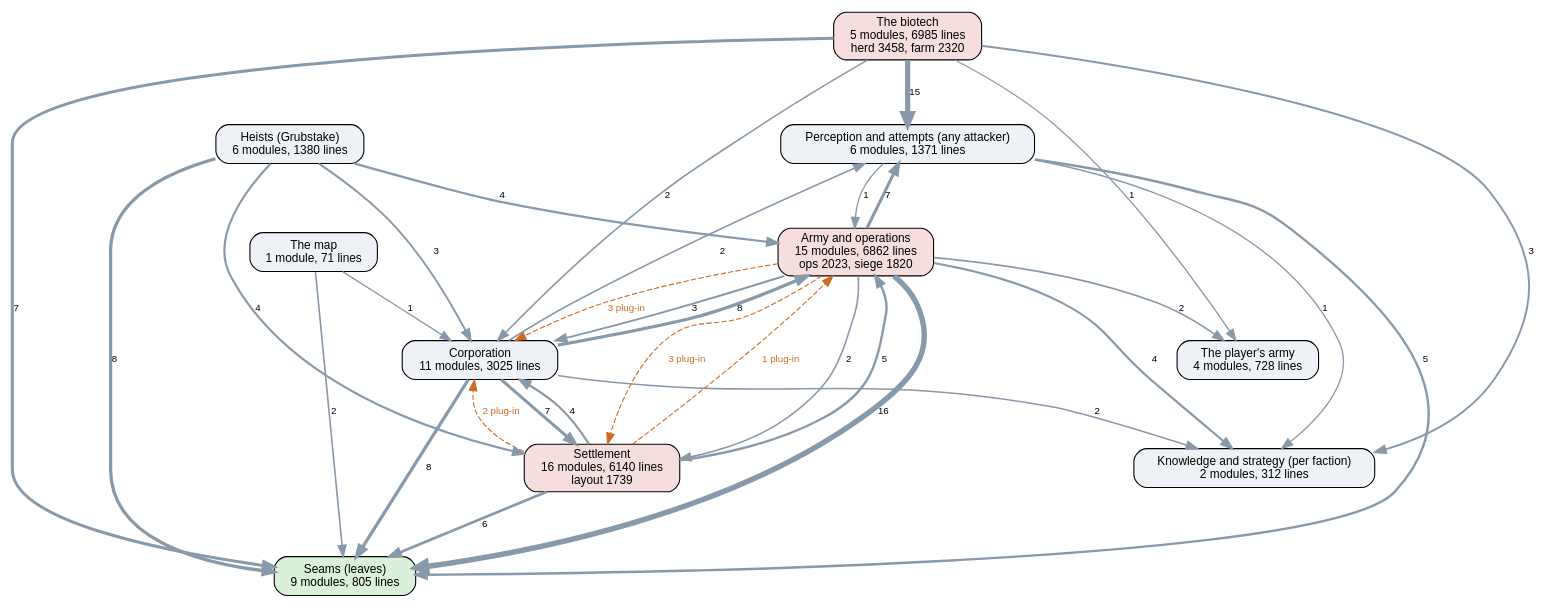
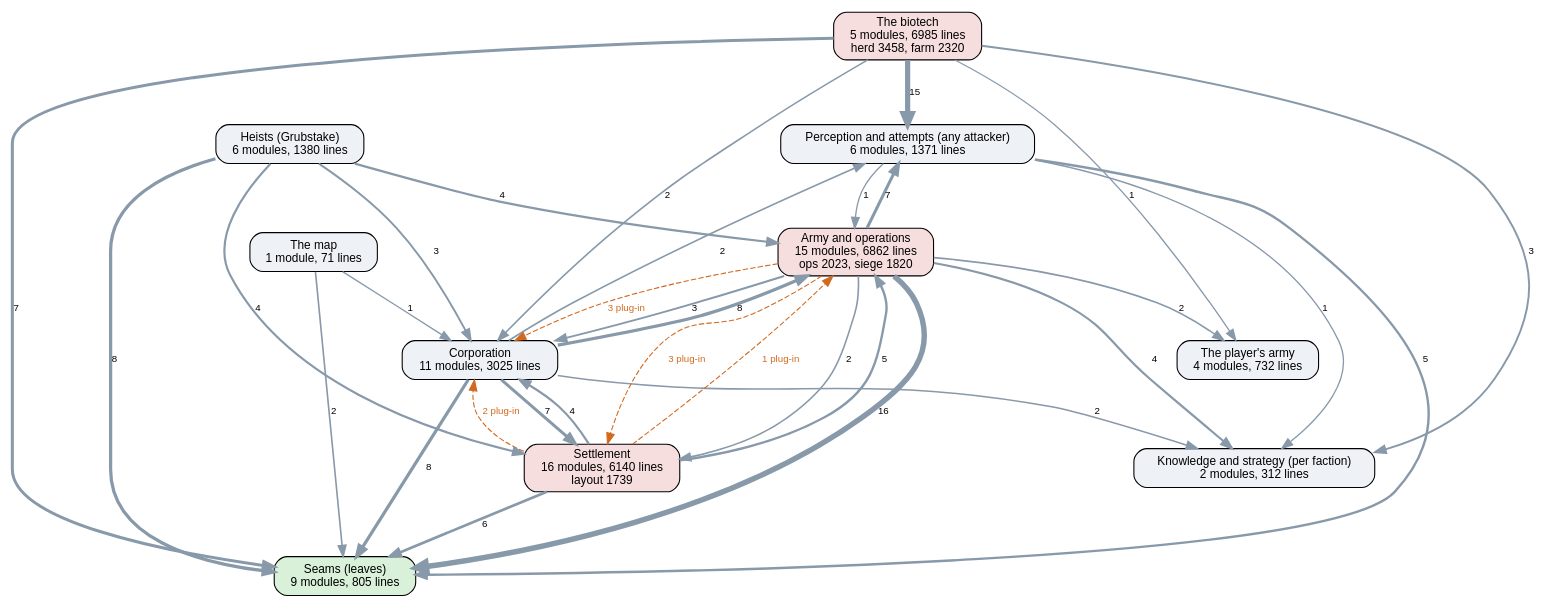
Before and after one commit to kinelhu/landing-party: the diagram in docs/ai-layers.dot, drawn with Graphviz. The commit also changed 49 other files, not shown here.

First line of the commit message:
0.2.193: the art's second round: plinth slabs gone, more colour, a new barracks (a training plant) and muster point (antenna, floodlight), lights at night; sheet sizes read from graphics/sheets.lua; fortress grubstake checks the howitzer truck

```diff
--- a/docs/ai-layers.dot
+++ b/docs/ai-layers.dot
@@ -1,47 +1,47 @@
 digraph layers {
   graph [rankdir=TB, fontname="Helvetica", nodesep=0.5, ranksep=0.7];
   node [shape=box, style="rounded,filled", fontname="Helvetica", fontsize=11, fillcolor="#eef2f7"];
   edge [color="#8899aa", fontname="Helvetica", fontsize=9];
   "Seams (leaves)" [label="Seams (leaves)\n9 modules, 805 lines", fillcolor="#d9f0d9"];
   "Perception and attempts (any attacker)" [label="Perception and attempts (any attacker)\n6 modules, 1371 lines", fillcolor="#eef2f7"];
   "Knowledge and strategy (per faction)" [label="Knowledge and strategy (per faction)\n2 modules, 312 lines", fillcolor="#eef2f7"];
   "Corporation" [label="Corporation\n11 modules, 3025 lines", fillcolor="#eef2f7"];
   "Settlement" [label="Settlement\n16 modules, 6140 lines\nlayout 1739", fillcolor="#f7dede"];
   "Army and operations" [label="Army and operations\n15 modules, 6862 lines\nops 2023, siege 1820", fillcolor="#f7dede"];
   "Heists (Grubstake)" [label="Heists (Grubstake)\n6 modules, 1380 lines", fillcolor="#eef2f7"];
   "The biotech" [label="The biotech\n5 modules, 6985 lines\nherd 3458, farm 2320", fillcolor="#f7dede"];
   "The map" [label="The map\n1 module, 71 lines", fillcolor="#eef2f7"];
-  "The player's army" [label="The player's army\n4 modules, 728 lines", fillcolor="#eef2f7"];
+  "The player's army" [label="The player's army\n4 modules, 732 lines", fillcolor="#eef2f7"];
   "Army and operations" -> "Corporation" [label="3", penwidth=1.8];
   "Army and operations" -> "Knowledge and strategy (per faction)" [label="4", penwidth=2.0];
   "Army and operations" -> "Perception and attempts (any attacker)" [label="7", penwidth=2.8];
   "Army and operations" -> "Seams (leaves)" [label="16", penwidth=5.0];
   "Army and operations" -> "Settlement" [label="2", penwidth=1.5];
   "Army and operations" -> "The player's army" [label="2", penwidth=1.5];
   "Corporation" -> "Army and operations" [label="8", penwidth=3.0];
   "Corporation" -> "Knowledge and strategy (per faction)" [label="2", penwidth=1.5];
   "Corporation" -> "Perception and attempts (any attacker)" [label="2", penwidth=1.5];
   "Corporation" -> "Seams (leaves)" [label="8", penwidth=3.0];
   "Corporation" -> "Settlement" [label="7", penwidth=2.8];
   "Heists (Grubstake)" -> "Army and operations" [label="4", penwidth=2.0];
   "Heists (Grubstake)" -> "Corporation" [label="3", penwidth=1.8];
   "Heists (Grubstake)" -> "Seams (leaves)" [label="8", penwidth=3.0];
   "Heists (Grubstake)" -> "Settlement" [label="4", penwidth=2.0];
   "Perception and attempts (any attacker)" -> "Army and operations" [label="1", penwidth=1.2];
   "Perception and attempts (any attacker)" -> "Knowledge and strategy (per faction)" [label="1", penwidth=1.2];
   "Perception and attempts (any attacker)" -> "Seams (leaves)" [label="5", penwidth=2.2];
   "Settlement" -> "Army and operations" [label="5", penwidth=2.2];
   "Settlement" -> "Corporation" [label="4", penwidth=2.0];
   "Settlement" -> "Seams (leaves)" [label="6", penwidth=2.5];
   "The biotech" -> "Corporation" [label="2", penwidth=1.5];
   "The biotech" -> "Knowledge and strategy (per faction)" [label="3", penwidth=1.8];
   "The biotech" -> "Perception and attempts (any attacker)" [label="15", penwidth=4.8];
   "The biotech" -> "Seams (leaves)" [label="7", penwidth=2.8];
   "The biotech" -> "The player's army" [label="1", penwidth=1.2];
   "The map" -> "Corporation" [label="1", penwidth=1.2];
   "The map" -> "Seams (leaves)" [label="2", penwidth=1.5];
   "Army and operations" -> "Corporation" [style=dashed, color="#d2691e", fontcolor="#d2691e", label="3 plug-in"];
   "Army and operations" -> "Settlement" [style=dashed, color="#d2691e", fontcolor="#d2691e", label="3 plug-in"];
   "Settlement" -> "Army and operations" [style=dashed, color="#d2691e", fontcolor="#d2691e", label="1 plug-in"];
   "Settlement" -> "Corporation" [style=dashed, color="#d2691e", fontcolor="#d2691e", label="2 plug-in"];
 }
```
